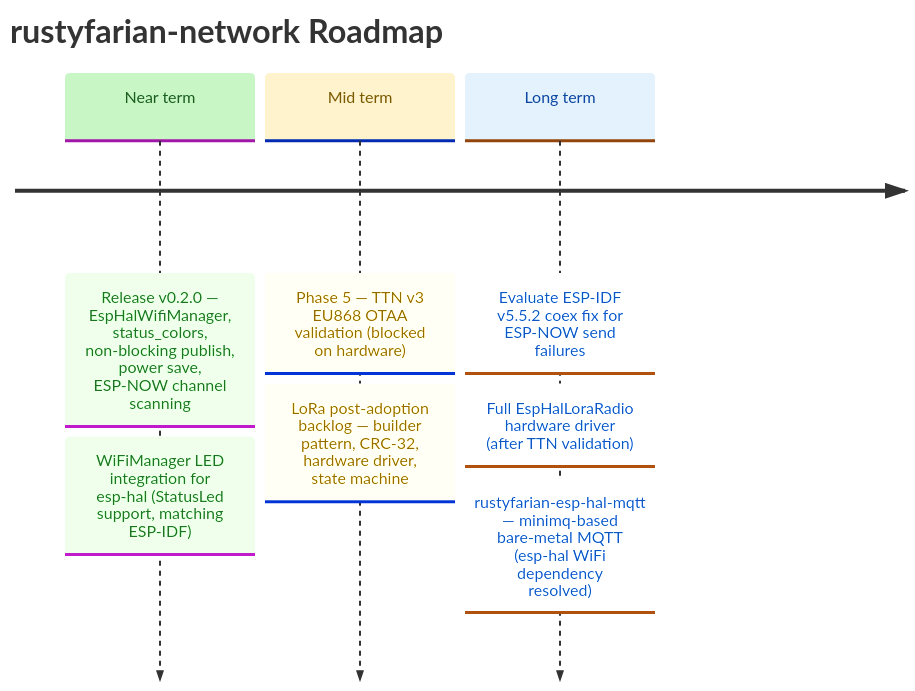
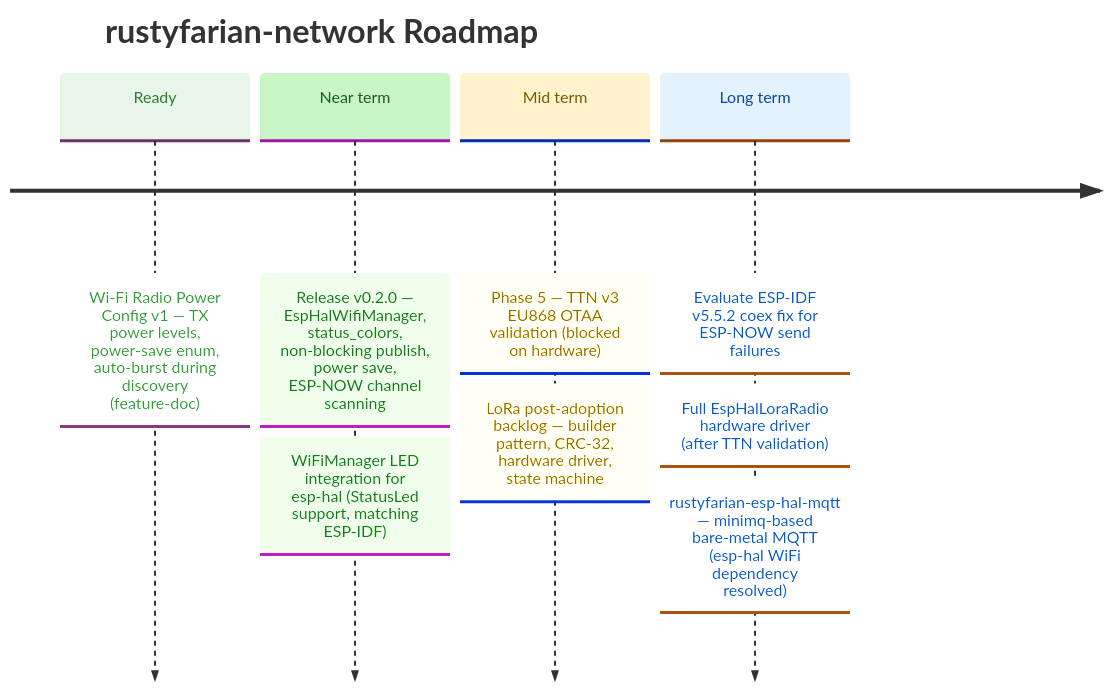
Before and after one commit to datenkollektiv/rustyfarian-network: the diagram in docs/ROADMAP.md, drawn with Mermaid. The commit also changed other lines of this file and 2 other files, not shown here.

Commit message:
Add Wi-Fi Radio Power Configuration feature documentation and decisions

````diff
--- a/docs/ROADMAP.md
+++ b/docs/ROADMAP.md
@@ -9,26 +10,30 @@
 ```mermaid
 %%{init: {
   "theme": "base",
   "themeVariables": {
-    "cScale0": "#c8f7c5",
-    "cScaleLabel0": "#1b5e20",
-    "cScale1": "#fff3cd",
-    "cScaleLabel1": "#7a5a00",
-    "cScale2": "#e3f2fd",
-    "cScaleLabel2": "#0d47a1"
+    "cScale0": "#e8f5e9",
+    "cScaleLabel0": "#2e7d32",
+    "cScale1": "#c8f7c5",
+    "cScaleLabel1": "#1b5e20",
+    "cScale2": "#fff3cd",
+    "cScaleLabel2": "#7a5a00",
+    "cScale3": "#e3f2fd",
+    "cScaleLabel3": "#0d47a1"
   }
 }}%%
 
 timeline
     title rustyfarian-network Roadmap
+
+    Ready     : Wi-Fi Radio Power Config v1 — TX power levels, power-save enum, auto-burst during discovery (feature-doc)
 
     Near term : Release v0.2.0 — EspHalWifiManager, status_colors, non-blocking publish, power save, ESP-NOW channel scanning
               : WiFiManager LED integration for esp-hal (StatusLed support, matching ESP-IDF)
 
     Mid term  : Phase 5 — TTN v3 EU868 OTAA validation (blocked on hardware)
               : LoRa post-adoption backlog — builder pattern, CRC-32, hardware driver, state machine
 
     Long term : Evaluate ESP-IDF v5.5.2 coex fix for ESP-NOW send failures
               : Full EspHalLoraRadio hardware driver (after TTN validation)
               : rustyfarian-esp-hal-mqtt — minimq-based bare-metal MQTT (esp-hal WiFi dependency resolved)
 ```
````
